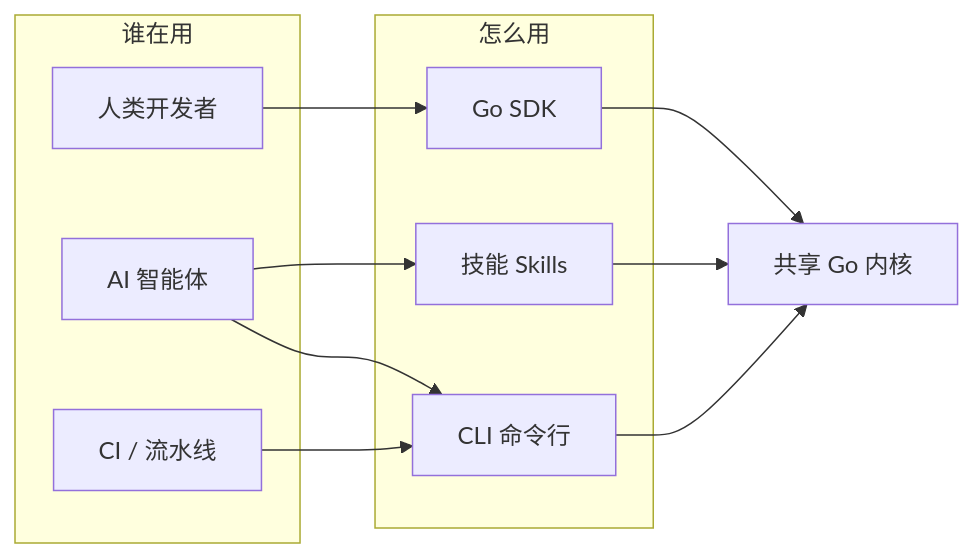
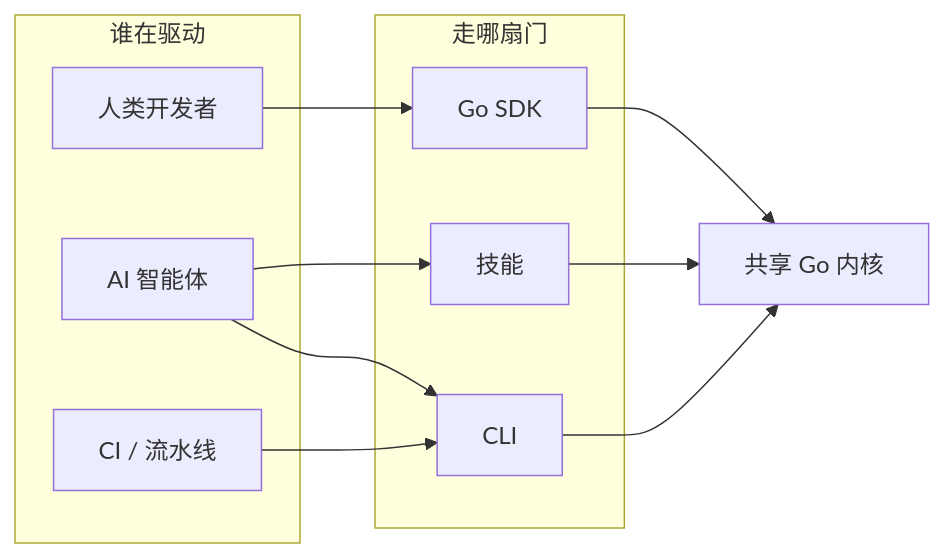
One commit to scagogogo/osv-schema-skills changed the fourth of 5 diagrams in website/zh/guide/introduction.md. Above: the diagram before and after it, drawn with Mermaid. The commit also changed other lines of this file and 5 other files, not shown here.

````diff
--- a/website/zh/guide/introduction.md
+++ b/website/zh/guide/introduction.md
@@ -24,20 +200,20 @@
 ```mermaid
 flowchart LR
-  subgraph 谁["谁在用"]
+  subgraph Who["谁在驱动"]
     H["人类开发者"]
     A["AI 智能体"]
     P["CI / 流水线"]
   end
-  subgraph 怎么["怎么用"]
+  subgraph How["走哪扇门"]
     SDK["Go SDK"]
-    SK["技能 Skills"]
-    CLI["CLI 命令行"]
+    SK["技能"]
+    CLI["CLI"]
   end
   H --> SDK
   A --> SK
   A --> CLI
   P --> CLI
   SDK --> CORE["共享 Go 内核"]
   SK --> CORE
   CLI --> CORE
 ```
````
